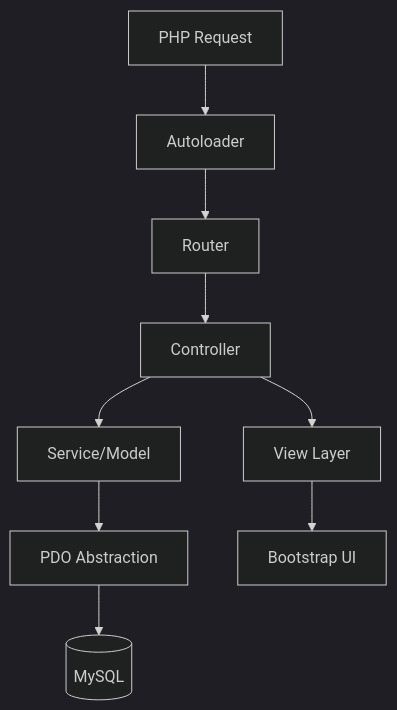
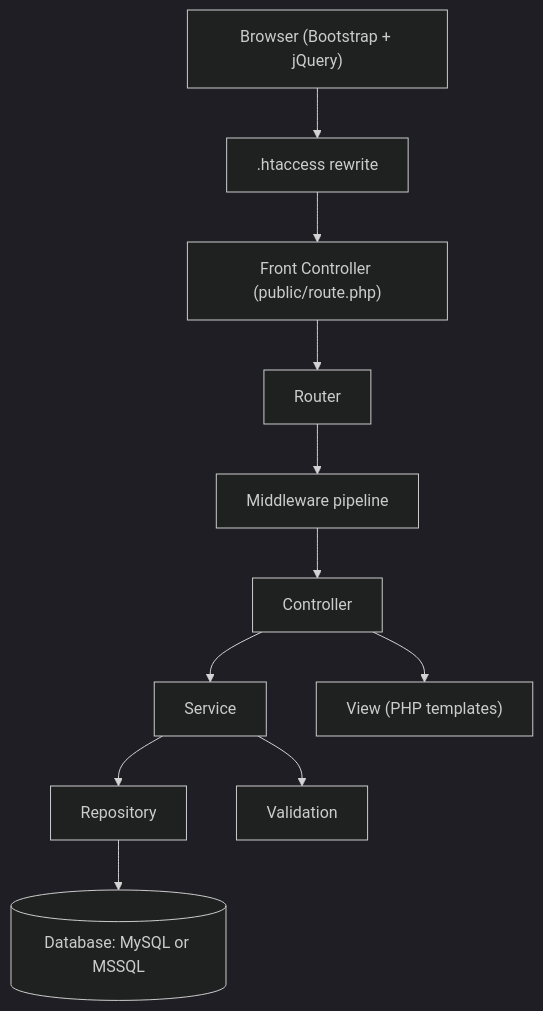
One commit to raihanachmad8/portofolio changed the first of 4 diagrams in src/content/projects/inventory-jti.mdx. Above: the diagram before and after it, drawn with Mermaid (dark theme). The commit also changed other lines of this file and 16 other files, not shown here.

First line of the commit message:
feat: enrich all 11 project MDX with verified data and diagrams

````diff
--- a/src/content/projects/inventory-jti.mdx
+++ b/src/content/projects/inventory-jti.mdx
@@ -56,11 +51,13 @@
 ```mermaid
 flowchart TD
-    A["PHP Request"] --> B["Autoloader"]
-    B --> C["Router"]
-    C --> D["Controller"]
-    D --> E["Service/Model"]
-    E --> F["PDO Abstraction"]
-    F --> G[("MySQL")]
-    D --> H["View Layer"]
-    H --> I["Bootstrap UI"]
+    A["Browser (Bootstrap + jQuery)"] --> B[".htaccess rewrite"]
+    B --> C["Front Controller (public/route.php)"]
+    C --> D["Router"]
+    D --> E["Middleware pipeline"]
+    E --> F["Controller"]
+    F --> G["Service"]
+    G --> H["Repository"]
+    H --> I[("Database: MySQL or MSSQL")]
+    G --> J["Validation"]
+    F --> K["View (PHP templates)"]
 ```
````
